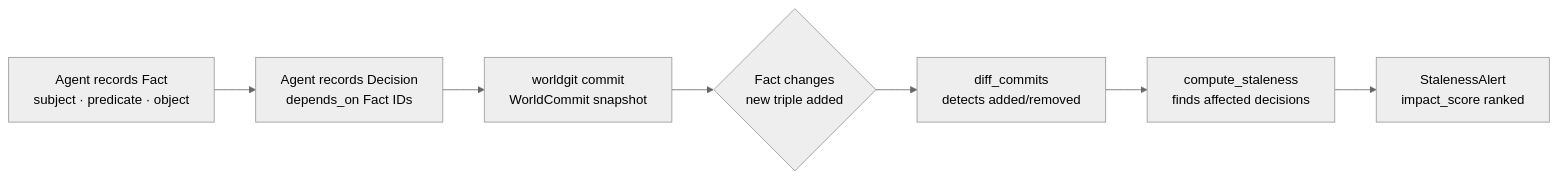
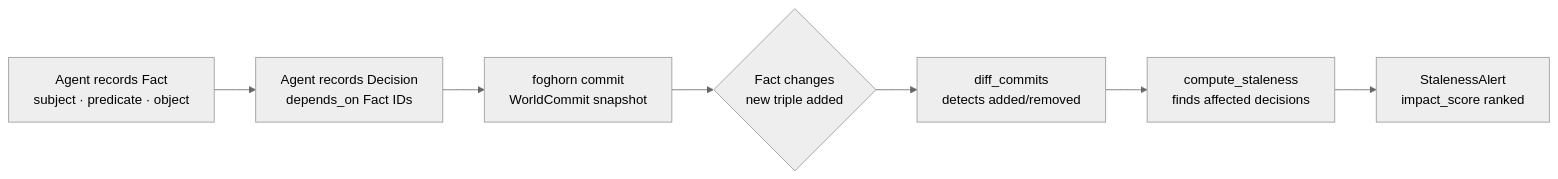
One commit to sandeep-alluru/foghorn changed the diagram in README.md. Above: the diagram before and after it, drawn with Mermaid (neutral theme). The commit also changed other lines of this file and 56 other files, not shown here.

````diff
--- a/README.md
+++ b/README.md
@@ -35,9 +35,9 @@
 ```mermaid
 flowchart LR
     A[Agent records Fact\nsubject · predicate · object] --> B[Agent records Decision\ndepends_on Fact IDs]
-    B --> C[worldgit commit\nWorldCommit snapshot]
+    B --> C[foghorn commit\nWorldCommit snapshot]
     C --> D{Fact changes\nnew triple added}
     D --> E[diff_commits\ndetects added/removed]
     E --> F[compute_staleness\nfinds affected decisions]
     F --> G[StalenessAlert\nimpact_score ranked]
 ```
````
